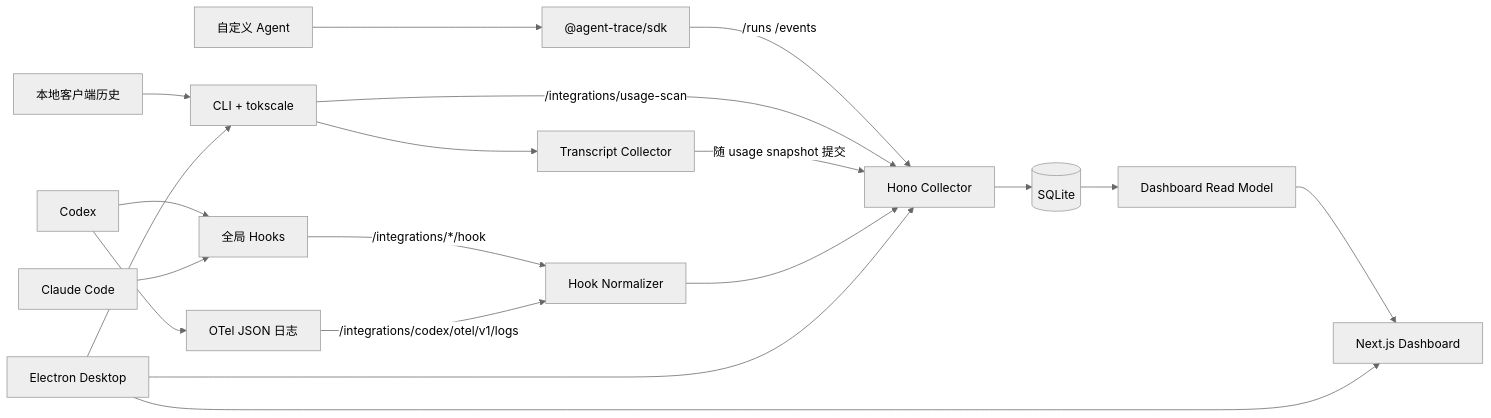
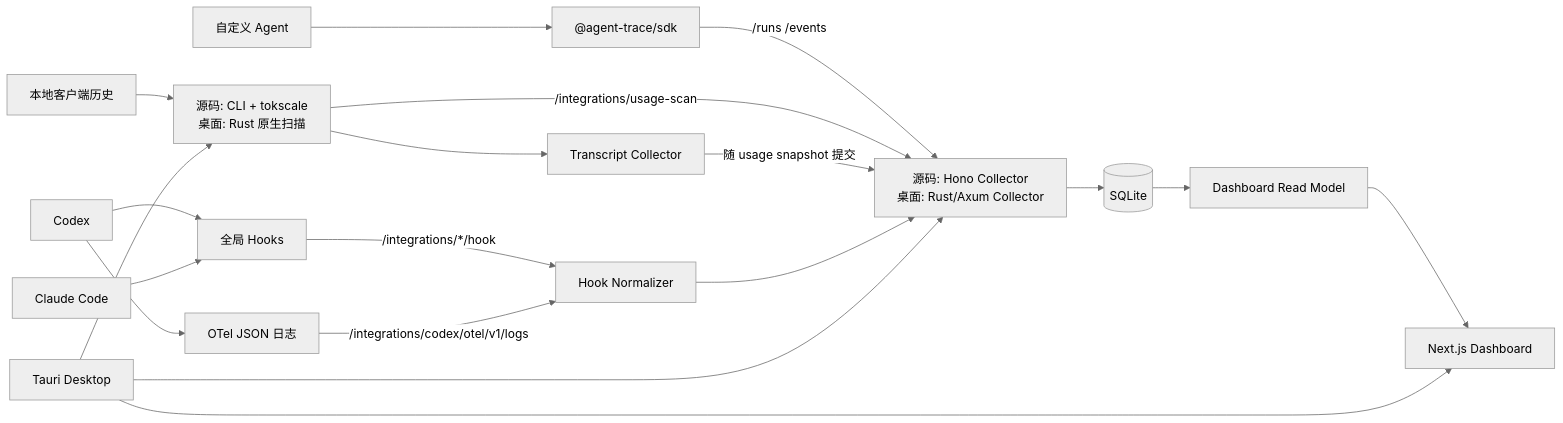
The diagram in docs/architecture.md (HangChi/Agent-Trace), drawn with Mermaid (neutral theme) before and after one commit. The commit also changed other lines of this file and 38 other files, not shown here.

Commit message:
Migrate desktop app to Tauri and Rust

````diff
--- a/docs/architecture.md
+++ b/docs/architecture.md
@@ -9,23 +9,23 @@
 ```mermaid
 flowchart LR
     Agent["自定义 Agent"] --> SDK["@agent-trace/sdk"]
     Codex["Codex"] --> Hooks["全局 Hooks"]
     Claude["Claude Code"] --> Hooks
     Codex --> OTel["OTel JSON 日志"]
-    Histories["本地客户端历史"] --> Scanner["CLI + tokscale"]
+    Histories["本地客户端历史"] --> Scanner["源码: CLI + tokscale<br/>桌面: Rust 原生扫描"]
     Scanner --> Transcript["Transcript Collector"]
 
-    SDK -->|"/runs /events"| Collector["Hono Collector"]
+    SDK -->|"/runs /events"| Collector["源码: Hono Collector<br/>桌面: Rust/Axum Collector"]
     Hooks -->|"/integrations/*/hook"| Normalizer["Hook Normalizer"]
     OTel -->|"/integrations/codex/otel/v1/logs"| Normalizer
     Scanner -->|"/integrations/usage-scan"| Collector
     Transcript -->|"随 usage snapshot 提交"| Collector
     Normalizer --> Collector
 
     Collector --> DB[("SQLite")]
     DB --> ReadModel["Dashboard Read Model"]
     ReadModel --> Web["Next.js Dashboard"]
-    Desktop["Electron Desktop"] --> Collector
+    Desktop["Tauri Desktop"] --> Collector
     Desktop --> Scanner
     Desktop --> Web
 ```
````
